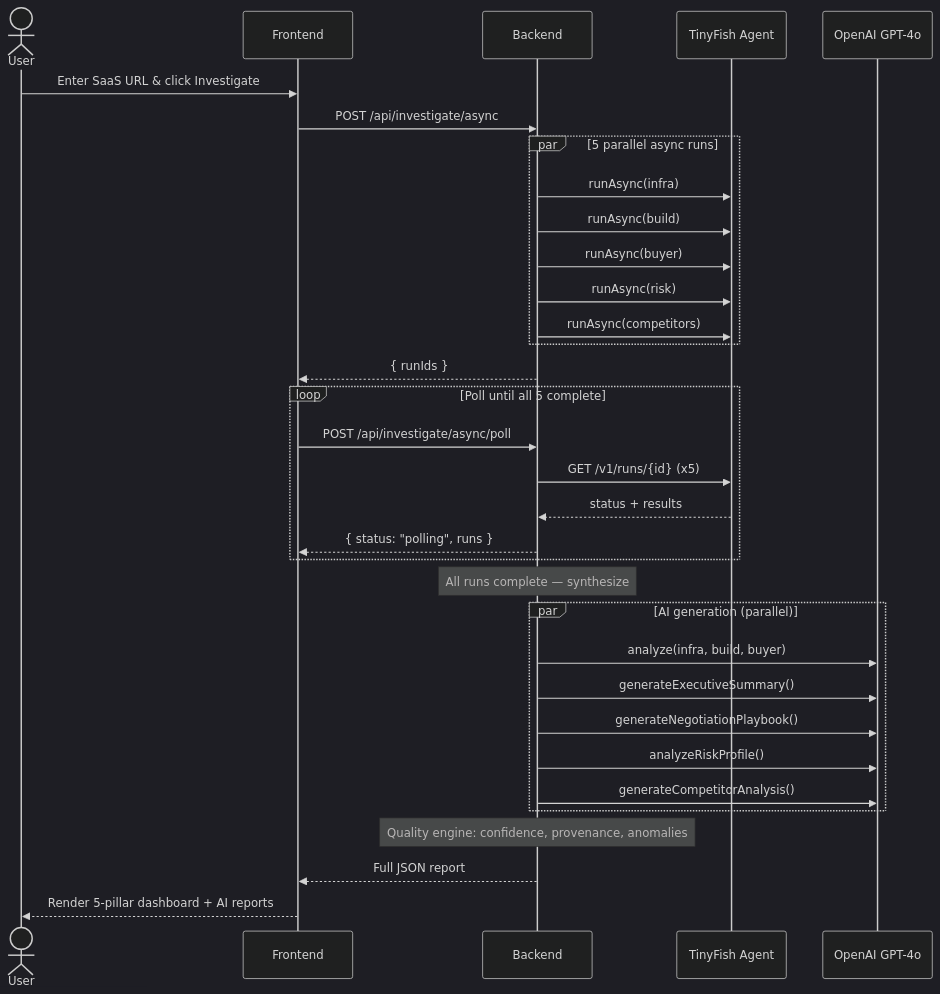
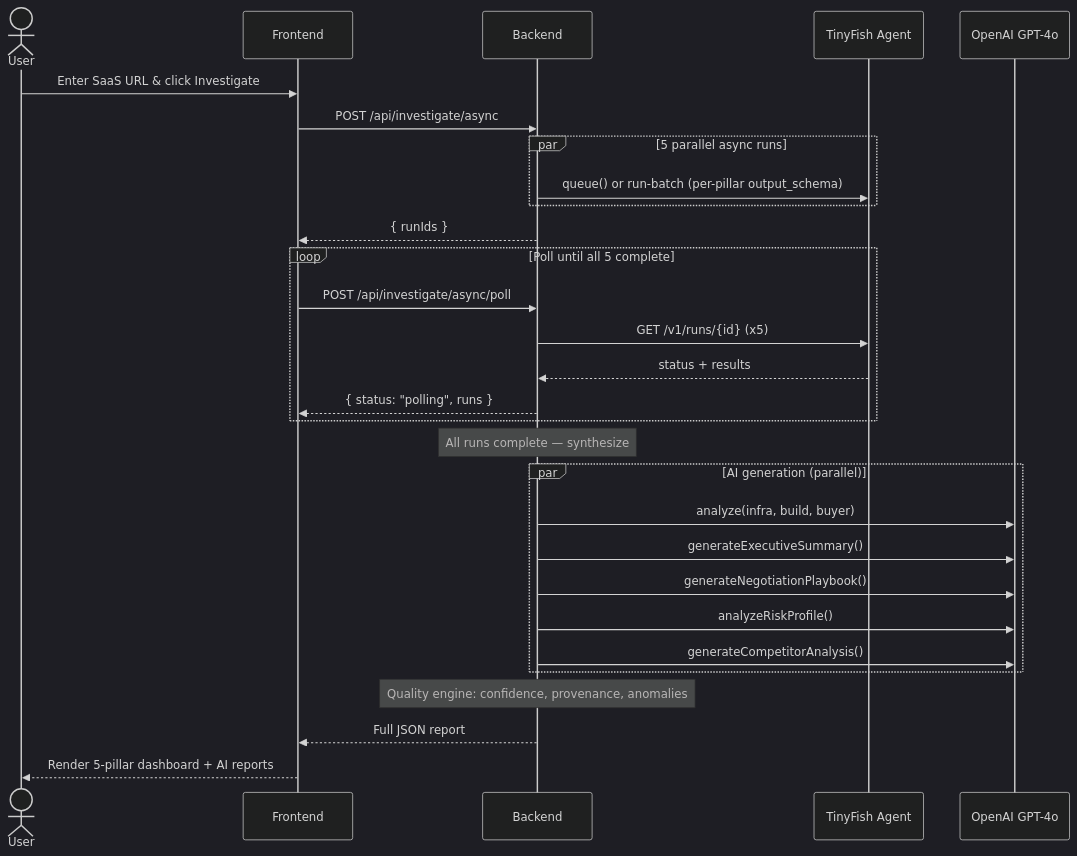
One commit to MANASMATHUR/CostLens changed the third of 4 diagrams in README.md. Above: the diagram before and after it, drawn with Mermaid (dark theme). The commit also changed other lines of this file and 32 other files, not shown here.

````diff
--- a/README.md
+++ b/README.md
@@ -196,43 +200,39 @@
 ```mermaid
 sequenceDiagram
   actor User
   participant Client as Frontend
   participant Server as Backend
   participant TF as TinyFish Agent
   participant OpenAI as OpenAI GPT-4o
 
   User->>Client: Enter SaaS URL & click Investigate
   Client->>Server: POST /api/investigate/async
 
   par 5 parallel async runs
-    Server->>TF: runAsync(infra)
-    Server->>TF: runAsync(build)
-    Server->>TF: runAsync(buyer)
-    Server->>TF: runAsync(risk)
-    Server->>TF: runAsync(competitors)
+    Server->>TF: queue() or run-batch (per-pillar output_schema)
   end
 
   Server-->>Client: { runIds }
 
   loop Poll until all 5 complete
     Client->>Server: POST /api/investigate/async/poll
     Server->>TF: GET /v1/runs/{id} (x5)
     TF-->>Server: status + results
     Server-->>Client: { status: "polling", runs }
   end
 
   Note over Server: All runs complete — synthesize
 
   par AI generation (parallel)
     Server->>OpenAI: analyze(infra, build, buyer)
     Server->>OpenAI: generateExecutiveSummary()
     Server->>OpenAI: generateNegotiationPlaybook()
     Server->>OpenAI: analyzeRiskProfile()
     Server->>OpenAI: generateCompetitorAnalysis()
   end
 
   Note over Server: Quality engine: confidence, provenance, anomalies
 
   Server-->>Client: Full JSON report
   Client-->>User: Render 5-pillar dashboard + AI reports
 ```
````
